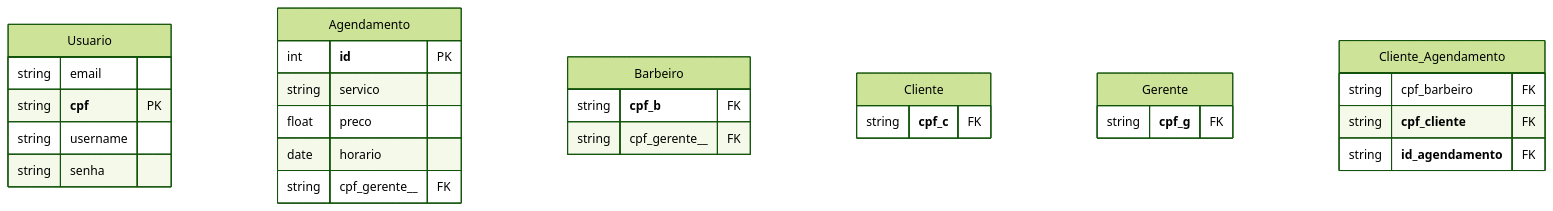
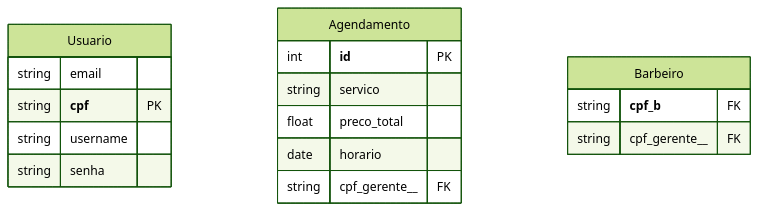
One commit to CarlosG18/sys_barbershop changed the first of 2 diagrams in topicos/modelagem_bd/modelagem_bd.md. Above: the diagram before and after it, drawn with Mermaid (forest theme). The commit also changed other lines of this file and 1 other file, not shown here.

````diff
--- a/topicos/modelagem_bd/modelagem_bd.md
+++ b/topicos/modelagem_bd/modelagem_bd.md
@@ -78,37 +82,23 @@
 ```mermaid
 erDiagram
     
     Usuario {
         string email
         string __cpf__ PK
         string username
         string senha
     }
     
     Agendamento {
         int __id__ PK
         string servico
-        float preco
+        float preco_total
         date horario
         string cpf_gerente__ FK
     }
 
     Barbeiro {
         string __cpf_b__ FK
         string cpf_gerente__ FK
     }
-
-    Cliente {
-        string __cpf_c__ FK
-    }
-
-    Gerente {
-        string __cpf_g__ FK
-    }
-
-    Cliente_Agendamento{
-        string cpf_barbeiro FK
-        string __cpf_cliente__ FK 
-        string __id_agendamento__ FK  
-    }
 ```
````
